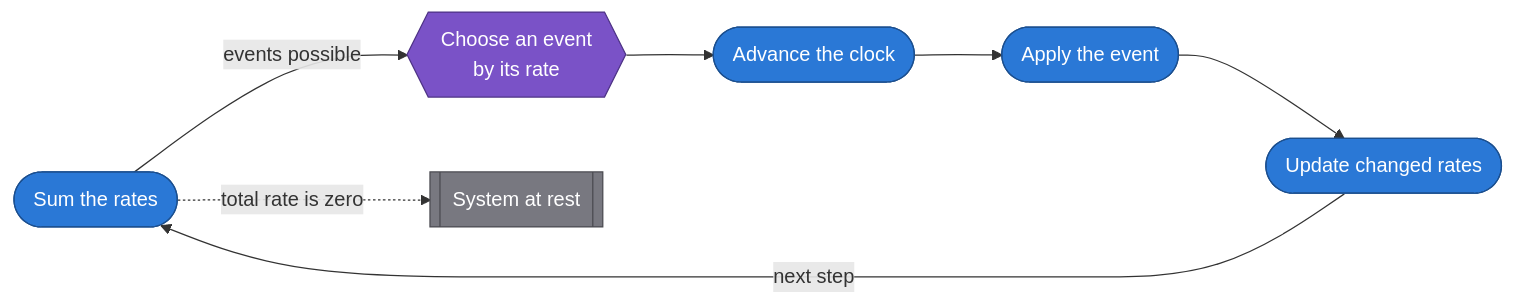
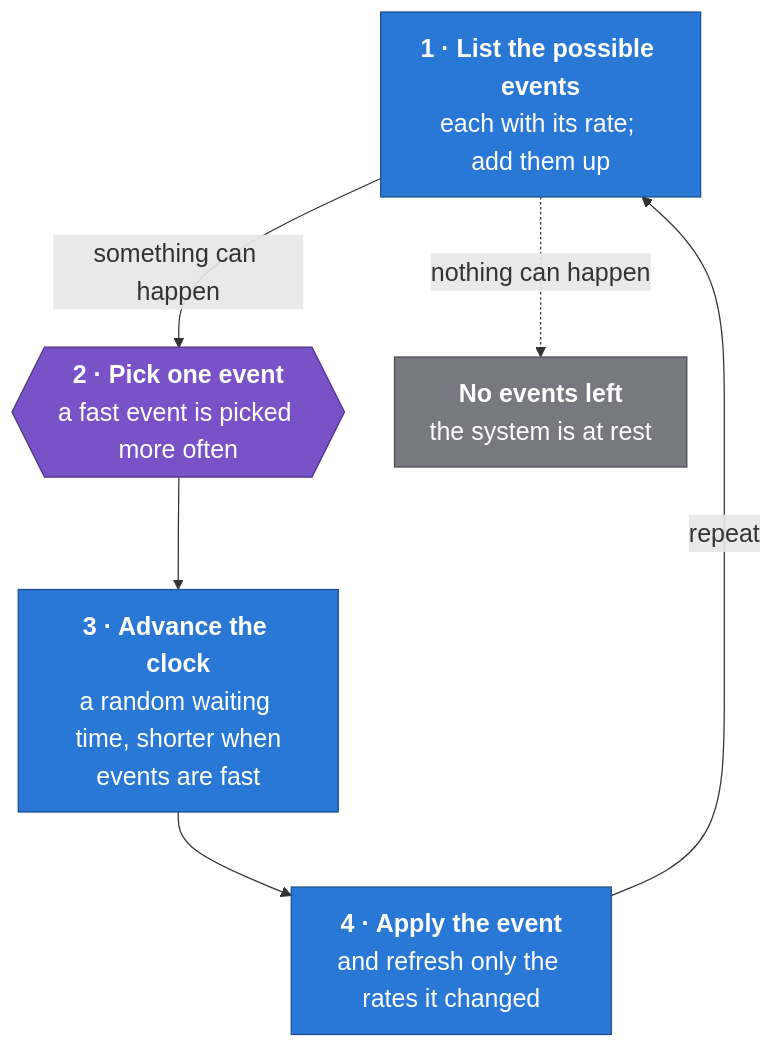
Before and after one commit to vzordillo/okrates: the second of 2 diagrams in README.md, drawn with Mermaid. The commit also changed other lines of this file, not shown here.

Commit message:
README: compact architecture diagram, numbered step diagram, larger text

````diff
--- a/README.md
+++ b/README.md
@@ -78,19 +61,18 @@
 ```mermaid
-%%{init: {"flowchart": {"nodeSpacing": 60, "rankSpacing": 70, "padding": 20}}}%%
-flowchart LR
-    total(["Sum the rates"])
-    choose{{"Choose an event<br>by its rate"}}
-    time(["Advance the clock"])
-    apply(["Apply the event"])
-    refresh(["Update changed rates"])
-    stop[["System at rest"]]
-    total -->|"events possible"| choose --> time --> apply --> refresh
-    refresh -->|"next step"| total
-    total -.->|"total rate is zero"| stop
+%%{init: {"themeVariables": {"fontSize": "20px"}, "flowchart": {"nodeSpacing": 40, "rankSpacing": 60, "padding": 14, "htmlLabels": true}}}%%
+flowchart TB
+    s1["<b>1 · List the possible events</b><br>each with its rate; add them up"]
+    s2{{"<b>2 · Pick one event</b><br>a fast event is picked more often"}}
+    s3["<b>3 · Advance the clock</b><br>a random waiting time, shorter when<br>events are fast"]
+    s4["<b>4 · Apply the event</b><br>and refresh only the rates it changed"]
+    rest["<b>No events left</b><br>the system is at rest"]
+    s1 -->|"something can happen"| s2 --> s3 --> s4
+    s4 -->|"repeat"| s1
+    s1 -.->|"nothing can happen"| rest
     classDef step fill:#2a78d6,stroke:#1b4f8f,color:#ffffff
     classDef key fill:#7a52c7,stroke:#4d3285,color:#ffffff
     classDef rest fill:#787880,stroke:#4a4a50,color:#ffffff
-    class total,time,apply,refresh step
-    class choose key
-    class stop rest
+    class s1,s3,s4 step
+    class s2 key
+    class rest rest
 ```
````
